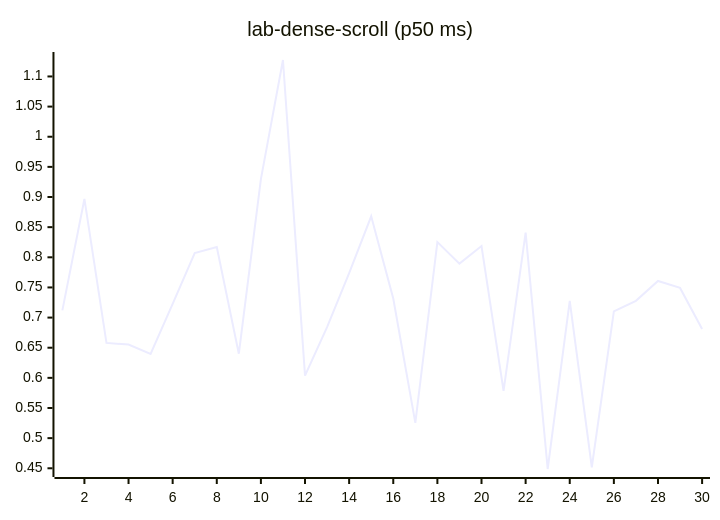
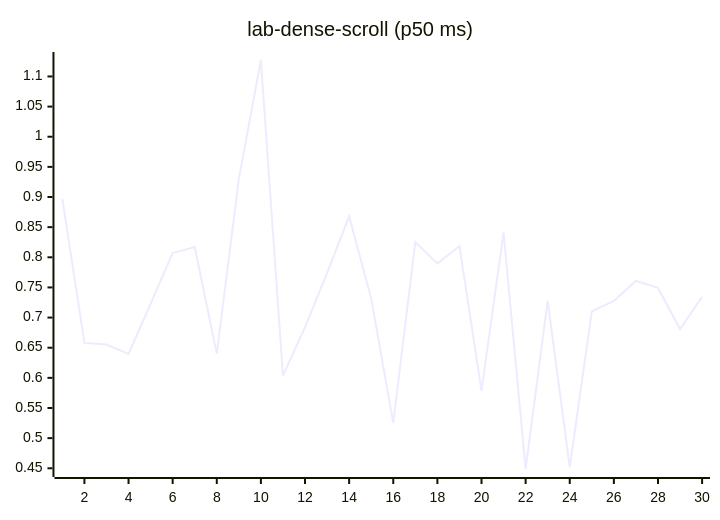
One commit to josha/Facet changed diagram 12 of 27 in README.md. Above: the diagram before and after it, drawn with Mermaid. The commit also changed other lines of this file and 2 other files, not shown here.

````diff
--- a/README.md
+++ b/README.md
@@ -140,6 +140,6 @@
 ```mermaid
 xychart-beta
     title "lab-dense-scroll (p50 ms)"
     x-axis 1 --> 30
-    line [0.7120, 0.8968, 0.6580, 0.6552, 0.6397, 0.7226, 0.8071, 0.8171, 0.6401, 0.9297, 1.1273, 0.6038, 0.6843, 0.7739, 0.8680, 0.7317, 0.5254, 0.8252, 0.7895, 0.8186, 0.5785, 0.8409, 0.4488, 0.7278, 0.4517, 0.7102, 0.7278, 0.7607, 0.7492, 0.6810]
+    line [0.8968, 0.6580, 0.6552, 0.6397, 0.7226, 0.8071, 0.8171, 0.6401, 0.9297, 1.1273, 0.6038, 0.6843, 0.7739, 0.8680, 0.7317, 0.5254, 0.8252, 0.7895, 0.8186, 0.5785, 0.8409, 0.4488, 0.7278, 0.4517, 0.7102, 0.7278, 0.7607, 0.7492, 0.6810, 0.7343]
 ```
````
